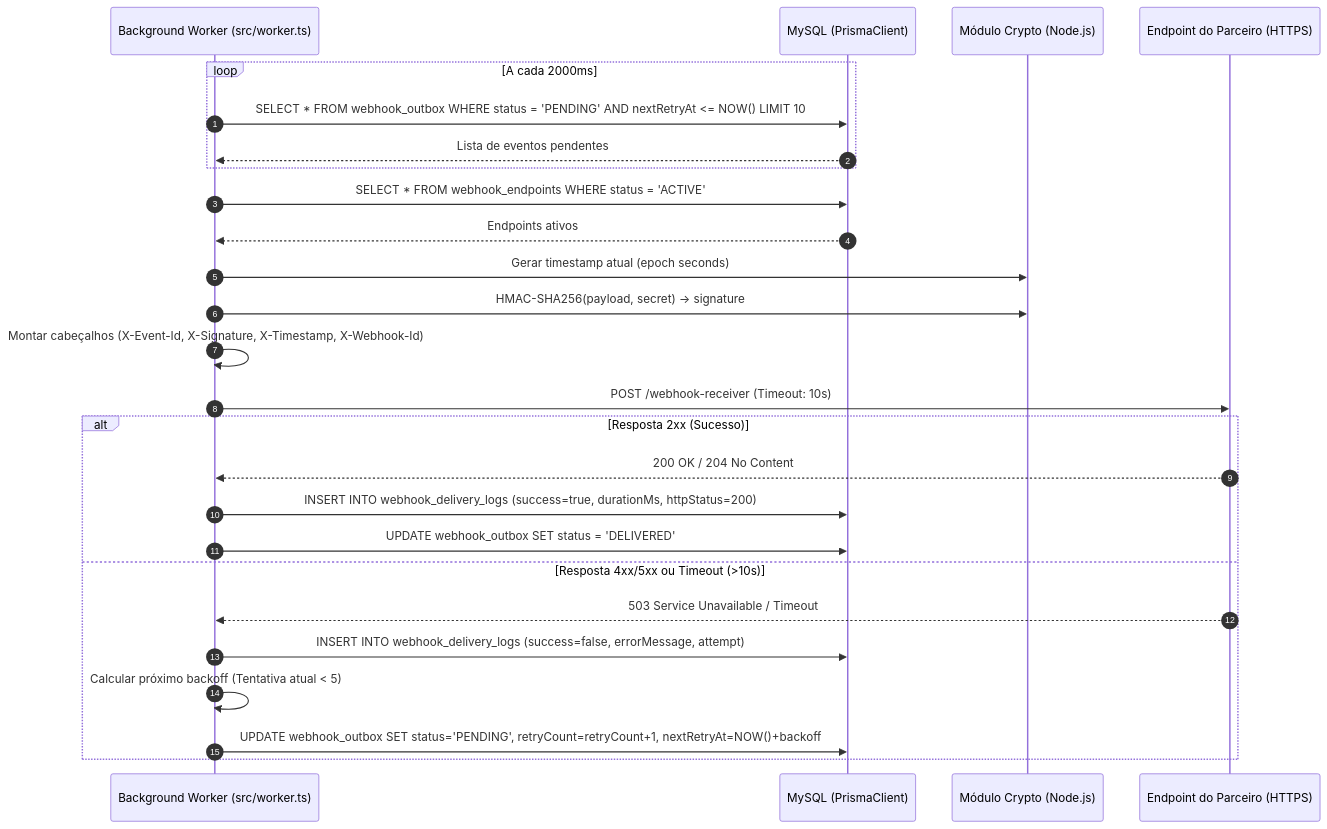
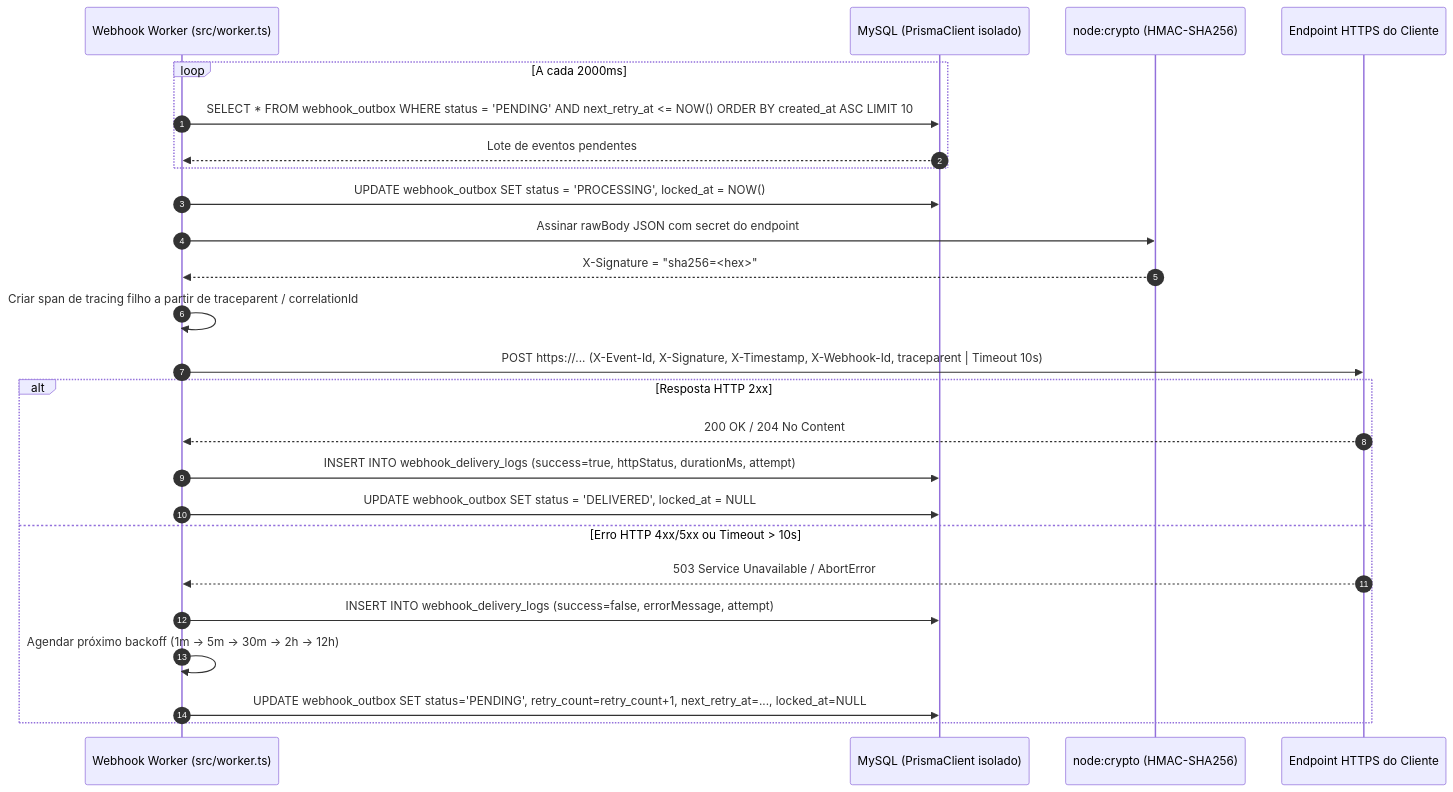
Before and after one commit to jhonatanecardoficial/design-docs-com-ia-mba: the second of 4 diagrams in docs/FDD.md, drawn with Mermaid. The commit also changed other lines of this file and 10 other files, not shown here.

````diff
--- a/docs/FDD.md
+++ b/docs/FDD.md
@@ -242,32 +284,30 @@
 ```mermaid
 sequenceDiagram
     autonumber
-    participant Worker as Background Worker (src/worker.ts)
-    participant DB as MySQL (PrismaClient)
-    participant Crypto as Módulo Crypto (Node.js)
-    participant ExtClient as Endpoint do Parceiro (HTTPS)
+    participant Worker as Webhook Worker (src/worker.ts)
+    participant DB as MySQL (PrismaClient isolado)
+    participant Crypto as node:crypto (HMAC-SHA256)
+    participant Target as Endpoint HTTPS do Cliente
 
     loop A cada 2000ms
-        Worker->>DB: SELECT * FROM webhook_outbox WHERE status = 'PENDING' AND nextRetryAt <= NOW() LIMIT 10
-        DB-->>Worker: Lista de eventos pendentes
+        Worker->>DB: SELECT * FROM webhook_outbox WHERE status = 'PENDING' AND next_retry_at <= NOW() ORDER BY created_at ASC LIMIT 10
+        DB-->>Worker: Lote de eventos pendentes
     end
 
-    Worker->>DB: SELECT * FROM webhook_endpoints WHERE status = 'ACTIVE'
-    DB-->>Worker: Endpoints ativos
+    Worker->>DB: UPDATE webhook_outbox SET status = 'PROCESSING', locked_at = NOW()
+    Worker->>Crypto: Assinar rawBody JSON com secret do endpoint
+    Crypto-->>Worker: X-Signature = "sha256=<hex>"
+    Worker->>Worker: Criar span de tracing filho a partir de traceparent / correlationId
 
-    Worker->>Crypto: Gerar timestamp atual (epoch seconds)
-    Worker->>Crypto: HMAC-SHA256(payload, secret) -> signature
-    Worker->>Worker: Montar cabeçalhos (X-Event-Id, X-Signature, X-Timestamp, X-Webhook-Id)
-
-    Worker->>ExtClient: POST /webhook-receiver (Timeout: 10s)
-    alt Resposta 2xx (Sucesso)
-        ExtClient-->>Worker: 200 OK / 204 No Content
-        Worker->>DB: INSERT INTO webhook_delivery_logs (success=true, durationMs, httpStatus=200)
-        Worker->>DB: UPDATE webhook_outbox SET status = 'DELIVERED'
-    else Resposta 4xx/5xx ou Timeout (>10s)
-        ExtClient-->>Worker: 503 Service Unavailable / Timeout
+    Worker->>Target: POST https://... (X-Event-Id, X-Signature, X-Timestamp, X-Webhook-Id, traceparent | Timeout 10s)
+    alt Resposta HTTP 2xx
+        Target-->>Worker: 200 OK / 204 No Content
+        Worker->>DB: INSERT INTO webhook_delivery_logs (success=true, httpStatus, durationMs, attempt)
+        Worker->>DB: UPDATE webhook_outbox SET status = 'DELIVERED', locked_at = NULL
+    else Erro HTTP 4xx/5xx ou Timeout > 10s
+        Target-->>Worker: 503 Service Unavailable / AbortError
         Worker->>DB: INSERT INTO webhook_delivery_logs (success=false, errorMessage, attempt)
-        Worker->>Worker: Calcular próximo backoff (Tentativa atual < 5)
-        Worker->>DB: UPDATE webhook_outbox SET status='PENDING', retryCount=retryCount+1, nextRetryAt=NOW()+backoff
+        Worker->>Worker: Agendar próximo backoff (1m -> 5m -> 30m -> 2h -> 12h)
+        Worker->>DB: UPDATE webhook_outbox SET status='PENDING', retry_count=retry_count+1, next_retry_at=..., locked_at=NULL
     end
 ```
````
